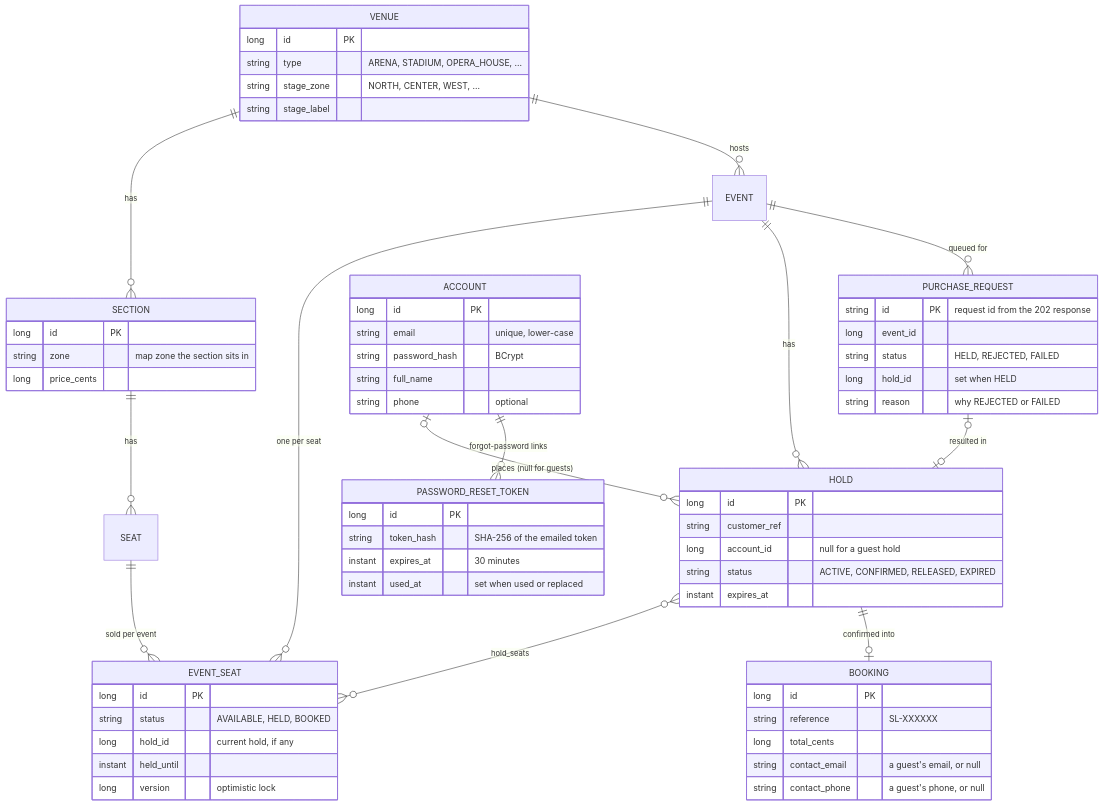
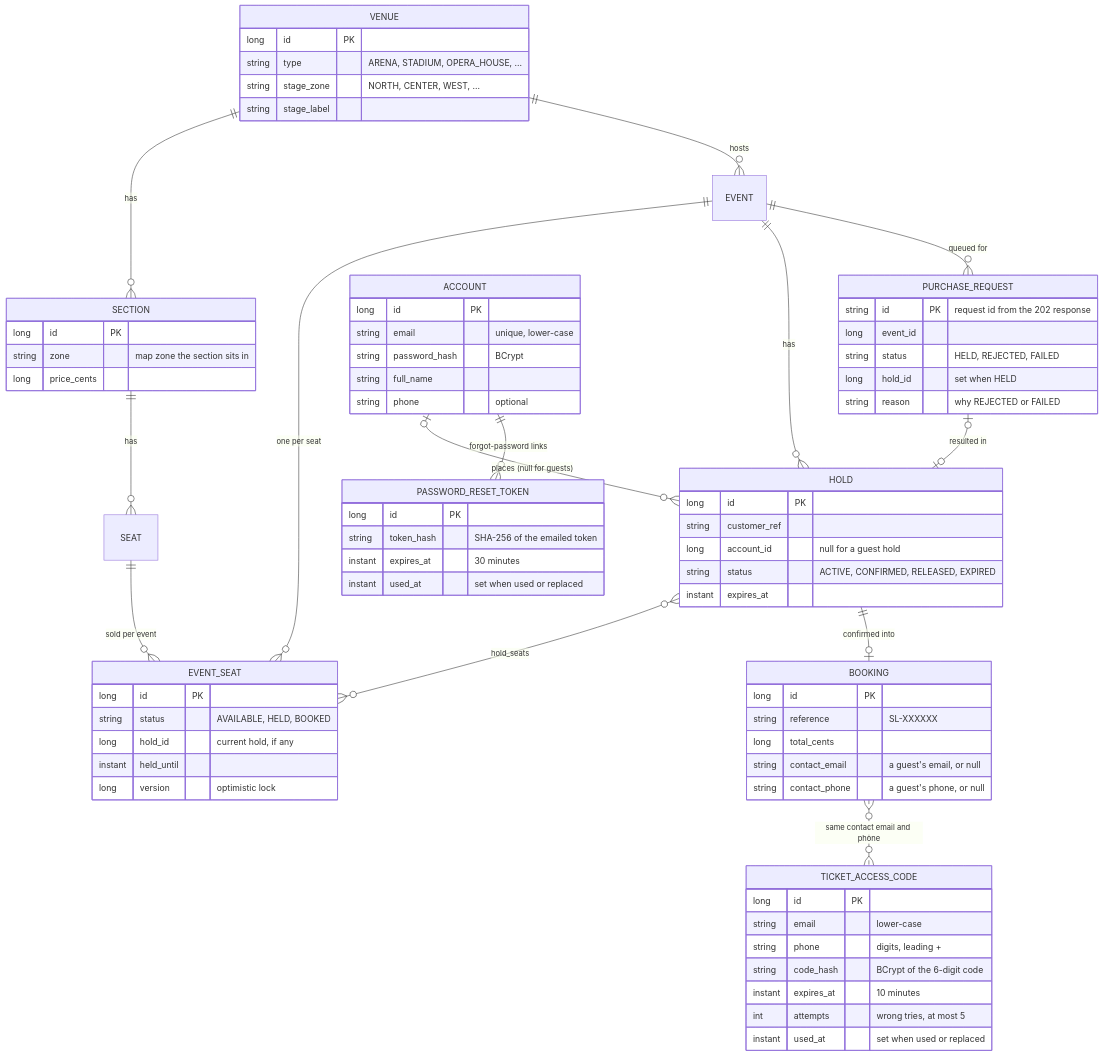
Before and after one commit to mohanarevarapu-commits/SeatLock: the second of 6 diagrams in docs/ARCHITECTURE.md, drawn with Mermaid. The commit also changed other lines of this file and 55 other files, not shown here.

````diff
--- a/docs/ARCHITECTURE.md
+++ b/docs/ARCHITECTURE.md
@@ -82,68 +95,78 @@
 ```mermaid
 erDiagram
     VENUE {
         long id PK
         string type "ARENA, STADIUM, OPERA_HOUSE, ..."
         string stage_zone "NORTH, CENTER, WEST, ..."
         string stage_label
     }
     SECTION {
         long id PK
         string zone "map zone the section sits in"
         long price_cents
     }
     VENUE ||--o{ SECTION : has
     SECTION ||--o{ SEAT : has
     VENUE ||--o{ EVENT : hosts
     EVENT ||--o{ EVENT_SEAT : "one per seat"
     SEAT ||--o{ EVENT_SEAT : "sold per event"
     EVENT ||--o{ HOLD : has
     HOLD }o--o{ EVENT_SEAT : "hold_seats"
     HOLD ||--o| BOOKING : "confirmed into"
     EVENT ||--o{ PURCHASE_REQUEST : "queued for"
     PURCHASE_REQUEST |o--o| HOLD : "resulted in"
     ACCOUNT |o--o{ HOLD : "places (null for guests)"
     ACCOUNT ||--o{ PASSWORD_RESET_TOKEN : "forgot-password links"
+    BOOKING }o..o{ TICKET_ACCESS_CODE : "same contact email and phone"
 
     EVENT_SEAT {
         long id PK
         string status "AVAILABLE, HELD, BOOKED"
         long hold_id "current hold, if any"
         instant held_until
         long version "optimistic lock"
     }
     HOLD {
         long id PK
         string customer_ref
         long account_id "null for a guest hold"
         string status "ACTIVE, CONFIRMED, RELEASED, EXPIRED"
         instant expires_at
     }
     BOOKING {
         long id PK
         string reference "SL-XXXXXX"
         long total_cents
         string contact_email "a guest's email, or null"
         string contact_phone "a guest's phone, or null"
     }
     ACCOUNT {
         long id PK
         string email "unique, lower-case"
         string password_hash "BCrypt"
         string full_name
         string phone "optional"
     }
     PASSWORD_RESET_TOKEN {
         long id PK
         string token_hash "SHA-256 of the emailed token"
         instant expires_at "30 minutes"
         instant used_at "set when used or replaced"
     }
+    TICKET_ACCESS_CODE {
+        long id PK
+        string email "lower-case"
+        string phone "digits, leading +"
+        string code_hash "BCrypt of the 6-digit code"
+        instant expires_at "10 minutes"
+        int attempts "wrong tries, at most 5"
+        instant used_at "set when used or replaced"
+    }
     PURCHASE_REQUEST {
         string id PK "request id from the 202 response"
         long event_id
         string status "HELD, REJECTED, FAILED"
         long hold_id "set when HELD"
         string reason "why REJECTED or FAILED"
     }
 ```
````
